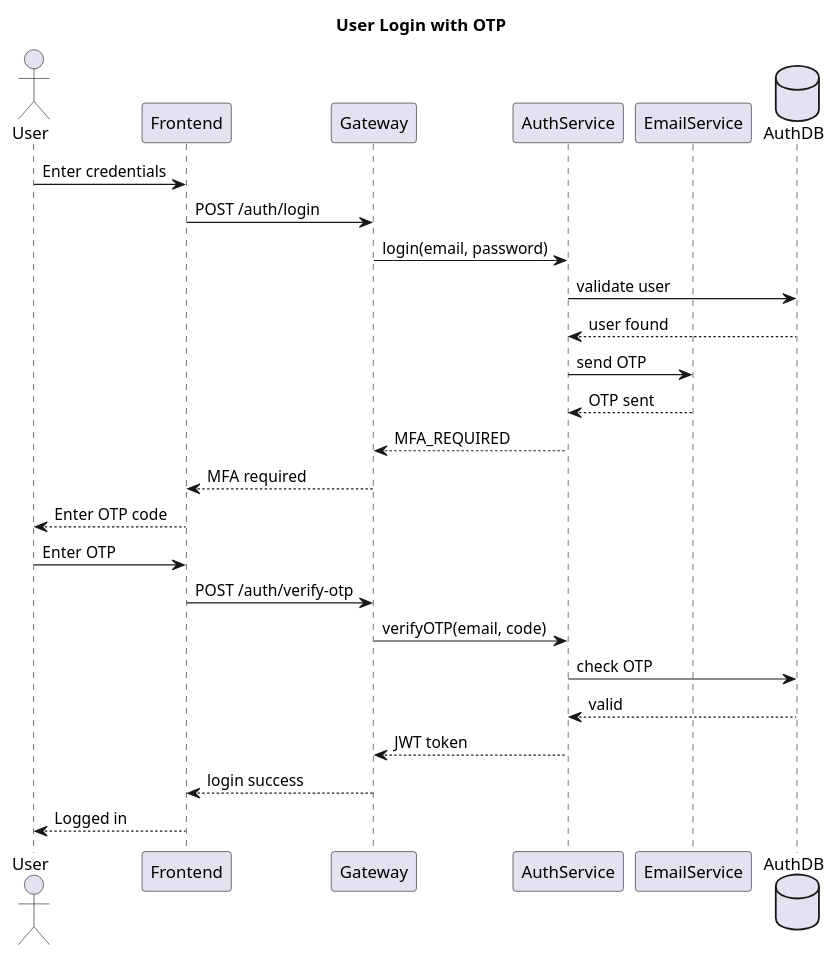
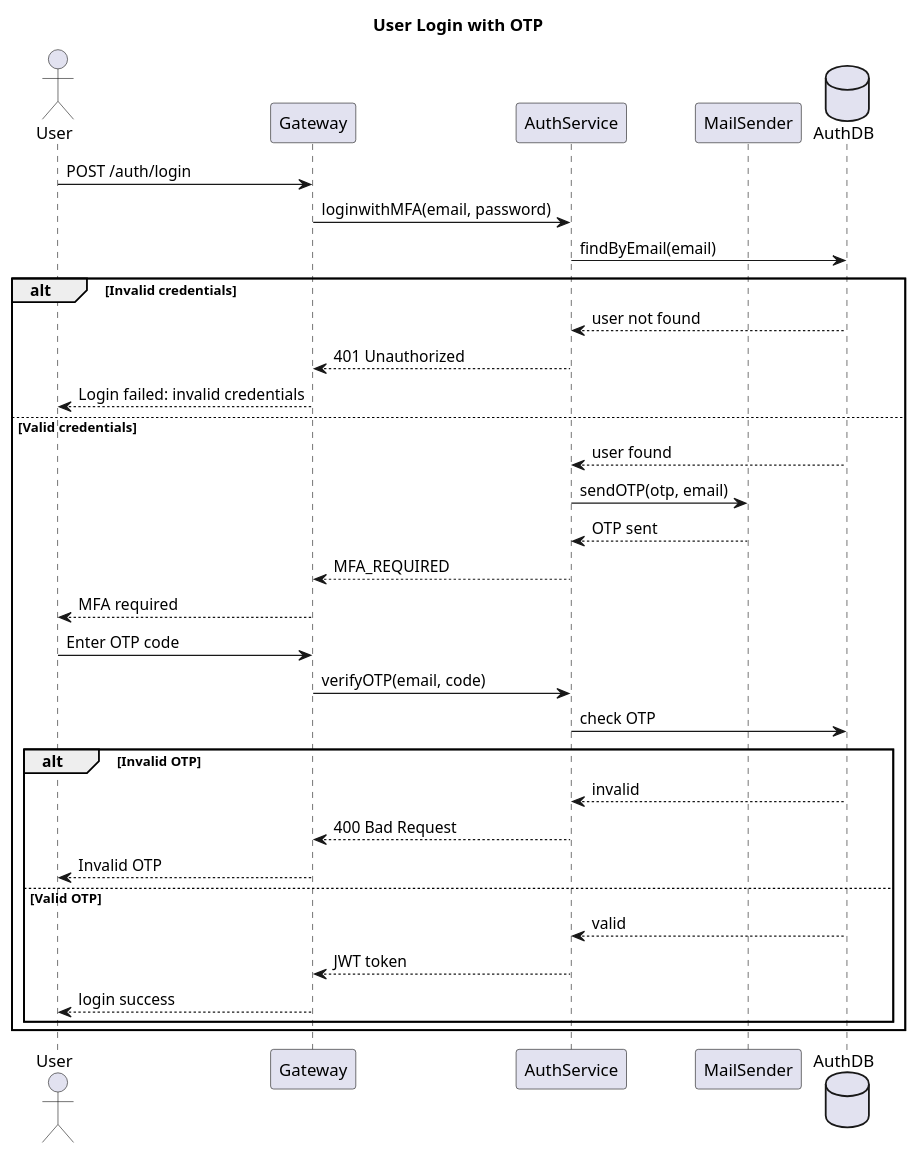
Before and after one commit to primika27/BrokerX-phase2-micorservices-: the diagram in docs/views/cu01_login_simple.puml, drawn with PlantUML. The commit also changed 47 other files, not shown here.

Commit message:
functional order matching+ diagrams added

```diff
--- a/docs/views/cu01_login_simple.puml
+++ b/docs/views/cu01_login_simple.puml
@@ -1,31 +1,41 @@
 @startuml cu01_login
 title User Login with OTP
 
 actor User
-participant Frontend
 participant Gateway  
 participant AuthService
-participant EmailService
+participant MailSender
 database AuthDB
 
-User -> Frontend: Enter credentials
-Frontend -> Gateway: POST /auth/login
-Gateway -> AuthService: login(email, password)
-AuthService -> AuthDB: validate user
-AuthDB --> AuthService: user found
-AuthService -> EmailService: send OTP
-EmailService --> AuthService: OTP sent
-AuthService --> Gateway: MFA_REQUIRED
-Gateway --> Frontend: MFA required
-Frontend --> User: Enter OTP code
+User -> Gateway: POST /auth/login 
+Gateway -> AuthService: loginwithMFA(email, password)
+AuthService -> AuthDB: findByEmail(email)
 
-User -> Frontend: Enter OTP
-Frontend -> Gateway: POST /auth/verify-otp  
-Gateway -> AuthService: verifyOTP(email, code)
-AuthService -> AuthDB: check OTP
-AuthDB --> AuthService: valid
-AuthService --> Gateway: JWT token
-Gateway --> Frontend: login success
-Frontend --> User: Logged in
+alt Invalid credentials
+    AuthDB --> AuthService: user not found
+    AuthService --> Gateway: 401 Unauthorized
+    Gateway --> User: Login failed: invalid credentials
+else Valid credentials
+    AuthDB --> AuthService: user found
+
+    AuthService -> MailSender: sendOTP(otp, email)
+    MailSender --> AuthService: OTP sent
+    AuthService --> Gateway: MFA_REQUIRED
+    Gateway --> User: MFA required 
+
+    User -> Gateway: Enter OTP code
+    Gateway -> AuthService: verifyOTP(email, code)
+    AuthService -> AuthDB: check OTP 
+
+    alt Invalid OTP
+        AuthDB --> AuthService: invalid
+        AuthService --> Gateway: 400 Bad Request
+        Gateway --> User: Invalid OTP
+    else Valid OTP
+        AuthDB --> AuthService: valid
+        AuthService --> Gateway: JWT token
+        Gateway --> User: login success
+    end
+end
 
 @enduml
```
